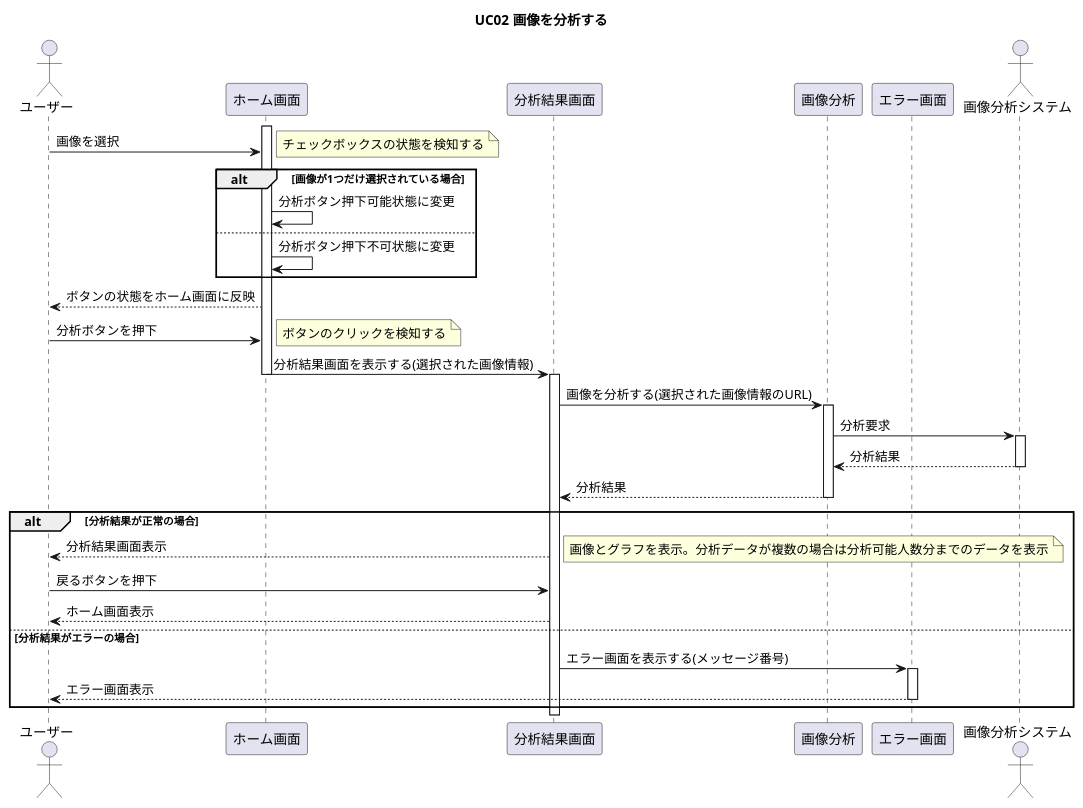
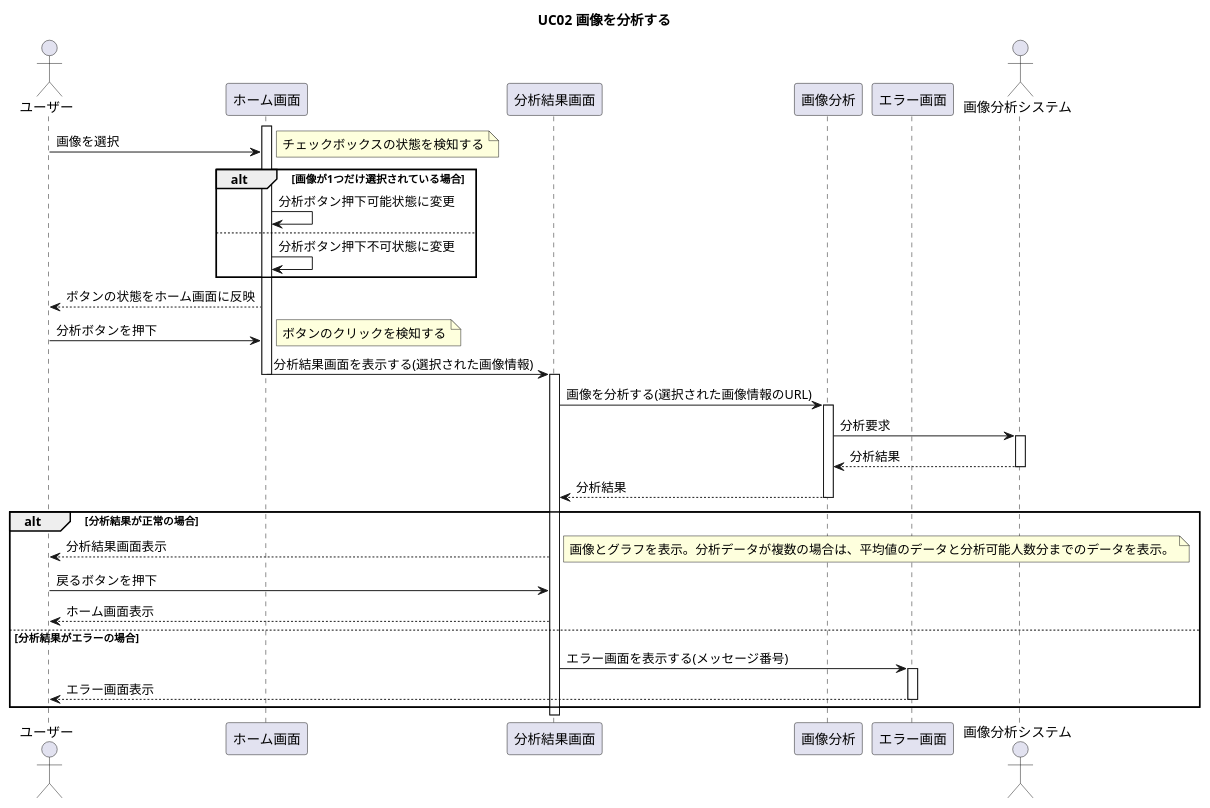
One commit to nishikawa1114/FaceEmotionSystem changed the diagram in doc/uml/seqDiag02.pu. Above: the diagram before and after it, drawn with PlantUML. The commit also changed 3 other files, not shown here.

```diff
--- a/doc/uml/seqDiag02.pu
+++ b/doc/uml/seqDiag02.pu
@@ -1,49 +1,49 @@
 @startuml
 title UC02 画像を分析する
 
 actor ユーザー
 participant ホーム画面
 participant 分析結果画面
 participant 画像分析
 participant エラー画面
 actor 画像分析システム
 activate ホーム画面
 ユーザー -> ホーム画面 : 画像を選択
 note right : チェックボックスの状態を検知する
 
 alt 画像が1つだけ選択されている場合
     ホーム画面 -> ホーム画面 : 分析ボタン押下可能状態に変更
 else 
     ホーム画面 -> ホーム画面 : 分析ボタン押下不可状態に変更
 end
 ユーザー <-- ホーム画面 : ボタンの状態をホーム画面に反映
 
 ユーザー -> ホーム画面 : 分析ボタンを押下
 note right : ボタンのクリックを検知する
 ホーム画面 -> 分析結果画面 : 分析結果画面を表示する(選択された画像情報)
 deactivate ホーム画面
 activate 分析結果画面
 分析結果画面 -> 画像分析 : 画像を分析する(選択された画像情報のURL)
 activate 画像分析
 画像分析 -> 画像分析システム : 分析要求
 activate 画像分析システム
 画像分析 <-- 画像分析システム : 分析結果
 deactivate 画像分析システム
 分析結果画面 <-- 画像分析 : 分析結果
 deactivate 画像分析
 
 alt 分析結果が正常の場合
     ユーザー <-- 分析結果画面 : 分析結果画面表示
-    note right : 画像とグラフを表示。分析データが複数の場合は分析可能人数分までのデータを表示
+    note right : 画像とグラフを表示。分析データが複数の場合は、平均値のデータと分析可能人数分までのデータを表示。
     
     ユーザー -> 分析結果画面 : 戻るボタンを押下
     ユーザー <-- 分析結果画面 : ホーム画面表示
 
 else 分析結果がエラーの場合
     分析結果画面 -> エラー画面 : エラー画面を表示する(メッセージ番号)
     activate エラー画面
     ユーザー <-- エラー画面 : エラー画面表示
     deactivate エラー画面
 end
 
 @enduml
```
